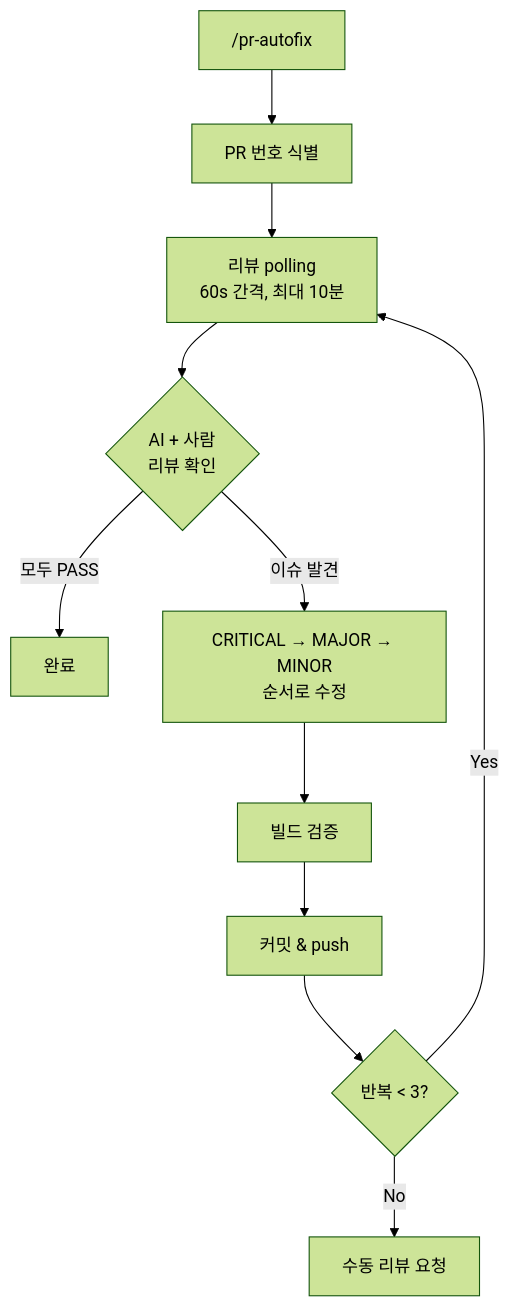
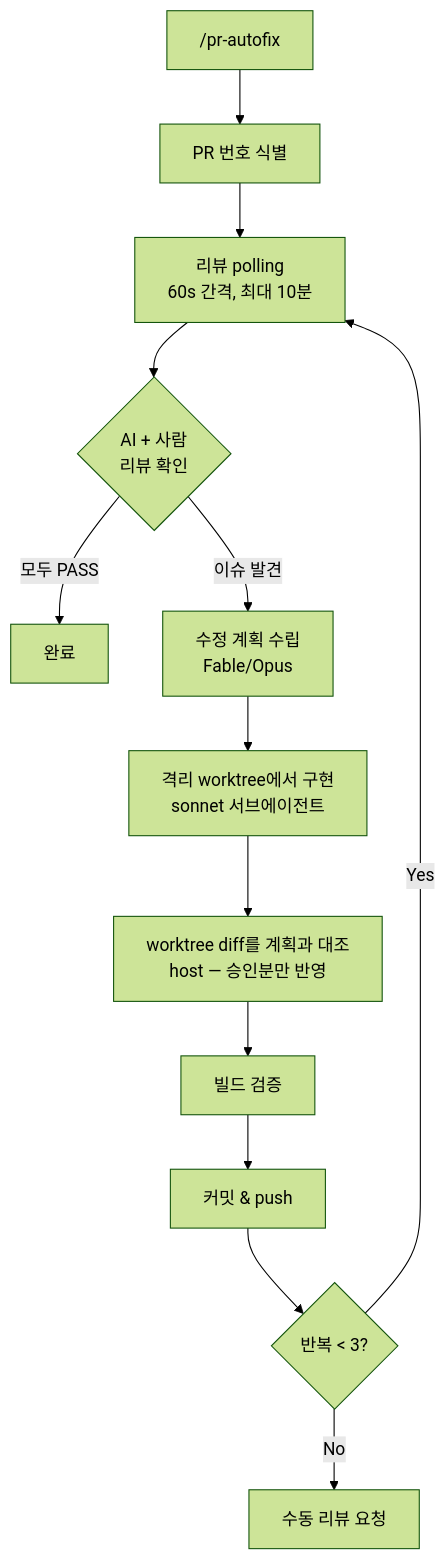
One commit to Atom-oh/oh-my-cloud-skills changed the diagram in doc-sites/docs/project-init/skills/pr-autofix.md. Above: the diagram before and after it, drawn with Mermaid (forest theme). The commit also changed other lines of this file and 15 other files, not shown here.

First line of the commit message:
feat(project-init): pr-autofix model tiering — plan on Fable/Opus, implement on sonnet (#125)

````diff
--- a/doc-sites/docs/project-init/skills/pr-autofix.md
+++ b/doc-sites/docs/project-init/skills/pr-autofix.md
@@ -21,13 +29,15 @@
 ```mermaid
 flowchart TD
     A["/pr-autofix"] --> B[PR 번호 식별]
     B --> C[리뷰 polling<br/>60s 간격, 최대 10분]
     C --> D{AI + 사람<br/>리뷰 확인}
     D -->|모두 PASS| E[완료]
-    D -->|이슈 발견| F[CRITICAL → MAJOR → MINOR<br/>순서로 수정]
-    F --> G[빌드 검증]
+    D -->|이슈 발견| F[수정 계획 수립<br/>Fable/Opus]
+    F --> F2[격리 worktree에서 구현<br/>sonnet 서브에이전트]
+    F2 --> V[worktree diff를 계획과 대조<br/>host — 승인분만 반영]
+    V --> G[빌드 검증]
     G --> H[커밋 & push]
     H --> I{반복 < 3?}
     I -->|Yes| C
     I -->|No| J[수동 리뷰 요청]
 ```
````
